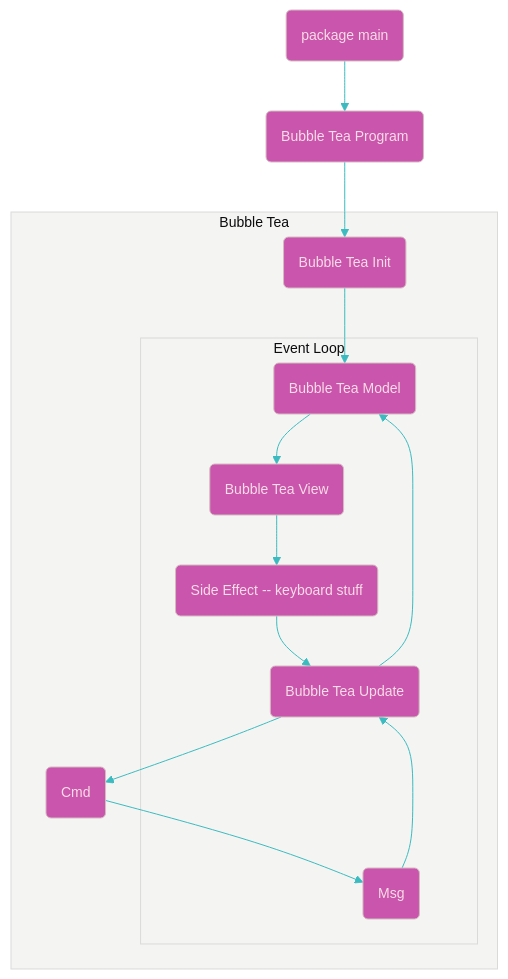
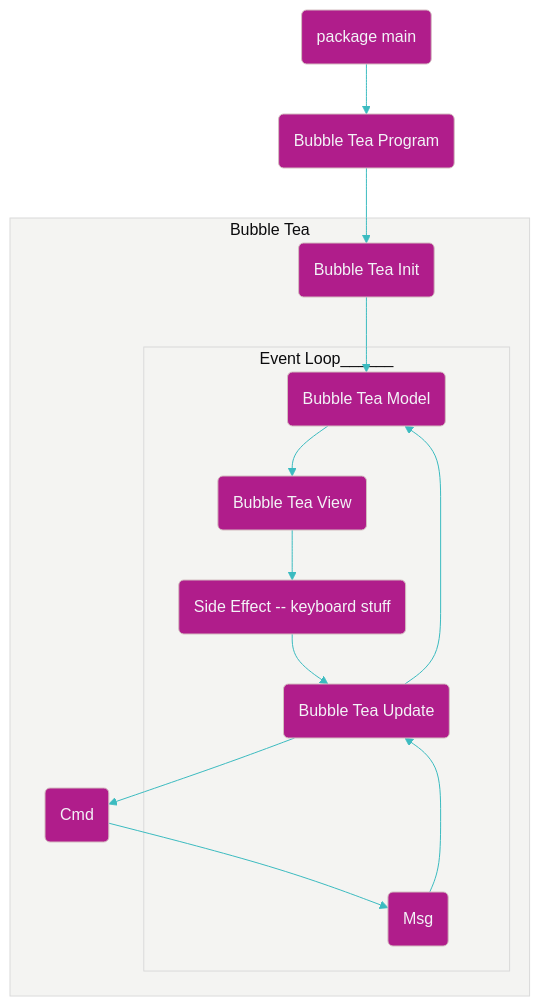
Before and after one commit to tearingItUp786/blog: the diagram in content/blog/13-making-a-tui-with-go/index.mdx, drawn with Mermaid. The commit also changed other lines of this file and 12 other files, not shown here.

````diff
--- a/content/blog/13-making-a-tui-with-go/index.mdx
+++ b/content/blog/13-making-a-tui-with-go/index.mdx
@@ -107,45 +106,45 @@
 ```mermaid
 %%{
   init: {
     'theme': 'base',
     'themeVariables': {
-			'fontSize": '14px',
-			'primaryColor': '#c955ac',
-			'primaryTextColor': '#FADCE6',
+			'fontSize": '16px',
+			'primaryColor': '#b01d8b',
+			'primaryTextColor': '#f3f3f7',
 			'primaryBorderColor': '#D3BCC0',
 			'lineColor': '#3bbbc0',
 			'secondaryColor': '#507DBC',
 			'tertiaryColor': '#F4F4F2'
     }
   }
 }%%
 
 graph TD
     A(package main)
     B(Bubble Tea Program)
     C0(Bubble Tea Init)
     C1(Bubble Tea Model)
     C(Bubble Tea Update)
     D(Bubble Tea View)
     E(Msg)
     F(Cmd)
     G(Side Effect -- keyboard stuff)
 
     A --> B
     B --> C0
 
     subgraph Bubble Tea
     C0 --> C1
     C --> F
     F --> E
 
-    subgraph Event Loop
+    subgraph Event Loop______
         C --> C1
         C1 --> D
         E --> C
         D --> G
         G --> C
         end
   end
 
 ```
````
